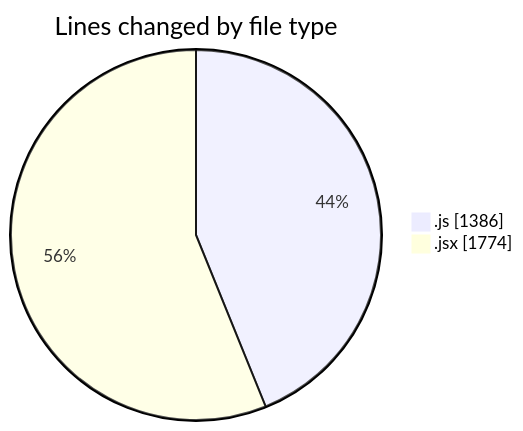
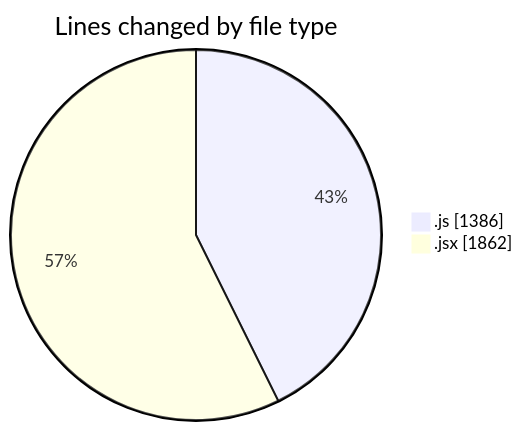
One commit to nxtqubesakshisongat/code-tracking changed the first of 2 diagrams in 2025-07-29/nxtqube_webapp/README.md. Above: the diagram before and after it, drawn with Mermaid. The commit also changed other lines of this file and 1 other file, not shown here.

````diff
--- a/2025-07-29/nxtqube_webapp/README.md
+++ b/2025-07-29/nxtqube_webapp/README.md
@@ -28,6 +28,6 @@
 ```mermaid
 pie showData
 title Lines changed by file type
 ".js" : 1386
-".jsx" : 1774
+".jsx" : 1862
 ```
````
